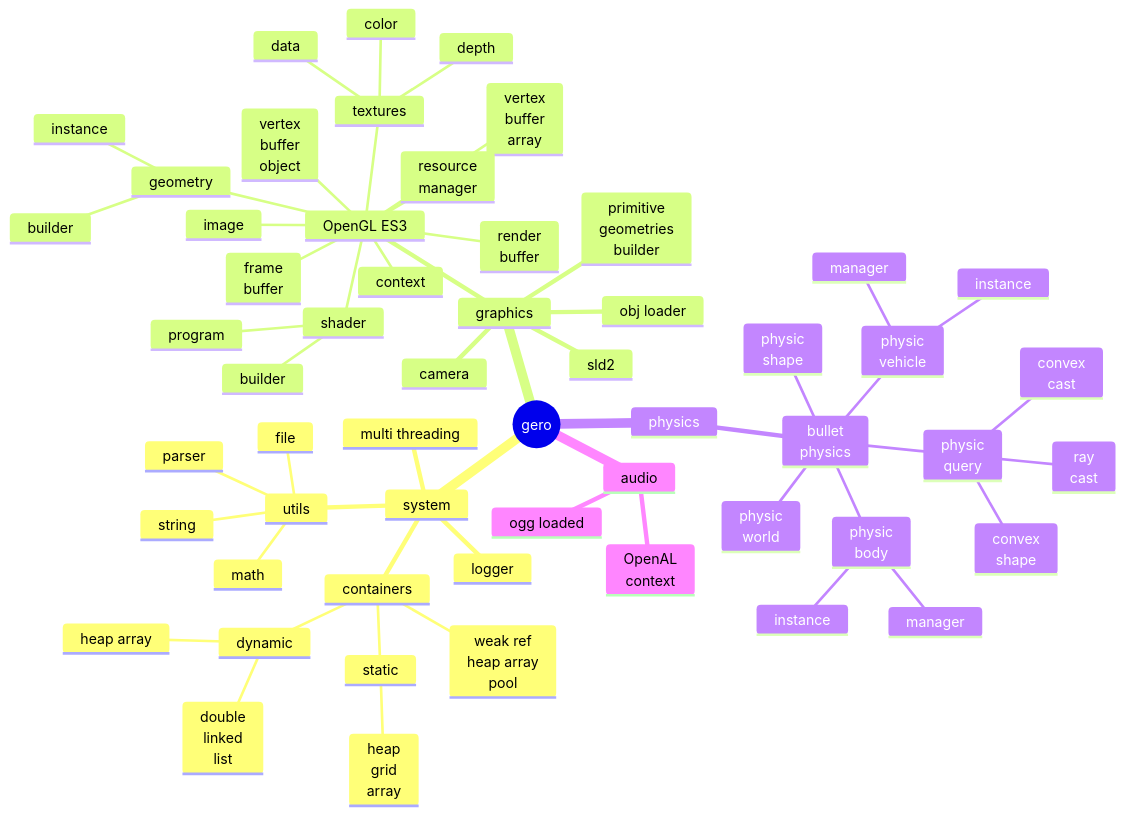
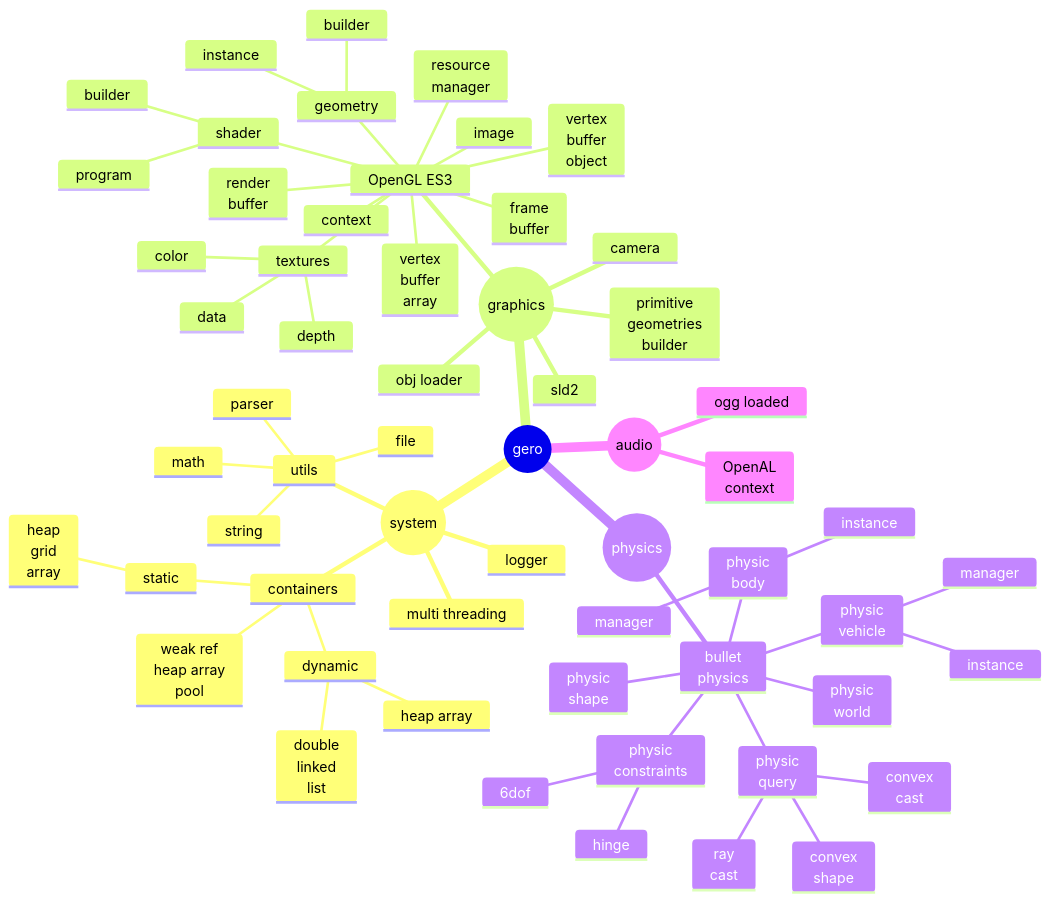
Before and after one commit to GuillaumeBouchetEpitech/geronimo: the first of 2 diagrams in README.md, drawn with Mermaid. The commit also changed other lines of this file and 74 other files, not shown here.

````diff
--- a/README.md
+++ b/README.md
@@ -30,61 +30,64 @@
 ```mermaid
 
 mindmap
   root((gero))
-    system
+    ((system))
       containers
         dynamic
           double<br>linked<br>list
           heap array
         static
           heap<br>grid<br>array
         weak ref<br>heap array<br>pool
       utils
         math
         string
         file
         parser
       multi threading
       logger
-    graphics
+    ((graphics))
       camera
       sld2
       obj loader
       primitive<br>geometries<br>builder
       OpenGL ES3
         context
         image
         textures
           color
           depth
           data
         shader
           program
           builder
         geometry
           instance
           builder
         vertex<br>buffer<br>object
         vertex<br>buffer<br>array
         frame<br>buffer
         render<br>buffer
         resource<br>manager
-    physics
+    ((physics))
       bullet<br>physics
         physic<br>world
         physic<br>shape
         physic<br>body
           instance
           manager
         physic<br>vehicle
           instance
           manager
         physic<br>query
           convex<br>shape
           ray<br>cast
           convex<br>cast
-    audio
+        physic<br>constraints
+          hinge
+          6dof
+    ((audio))
       OpenAL<br>context
       ogg loaded
 
 ```
````
